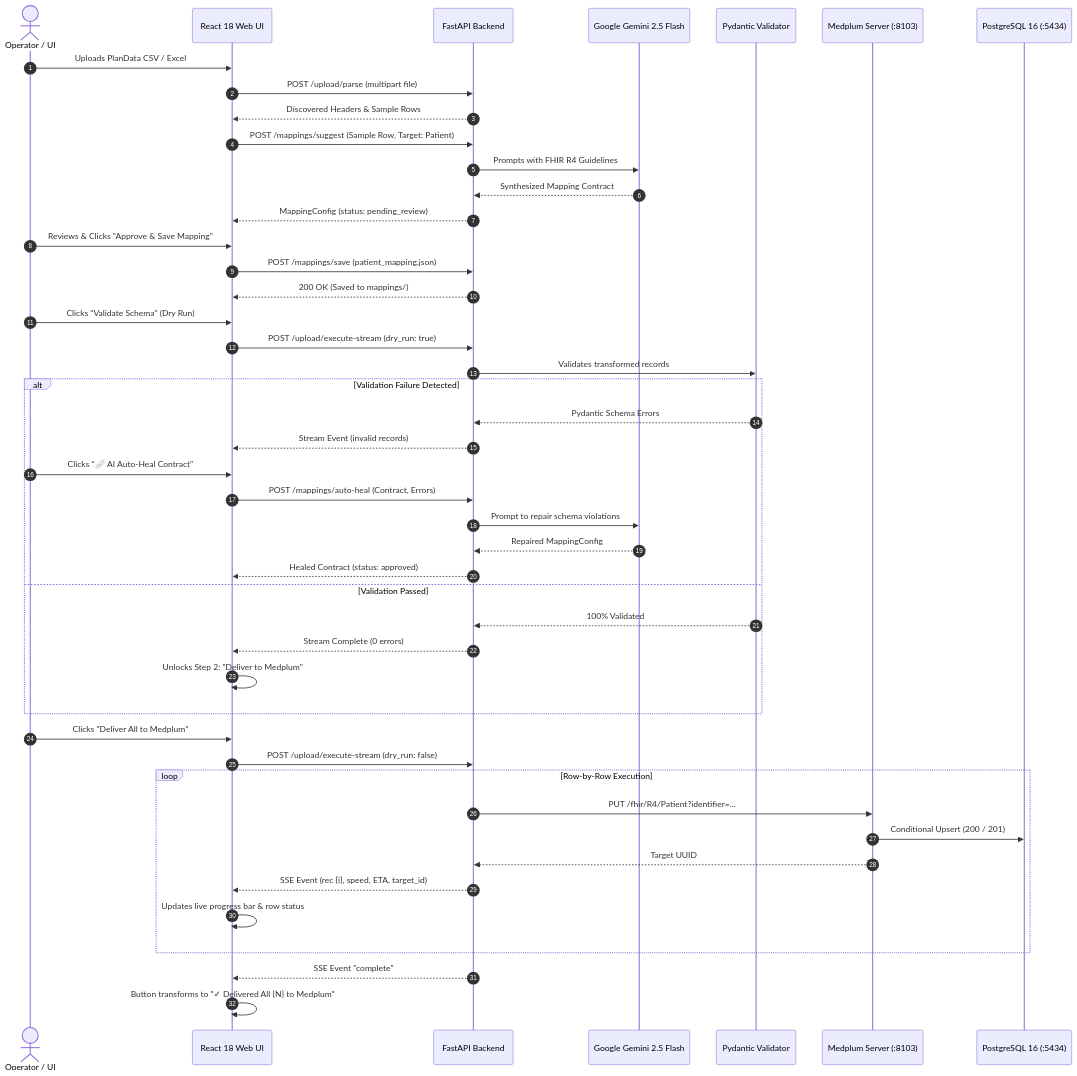
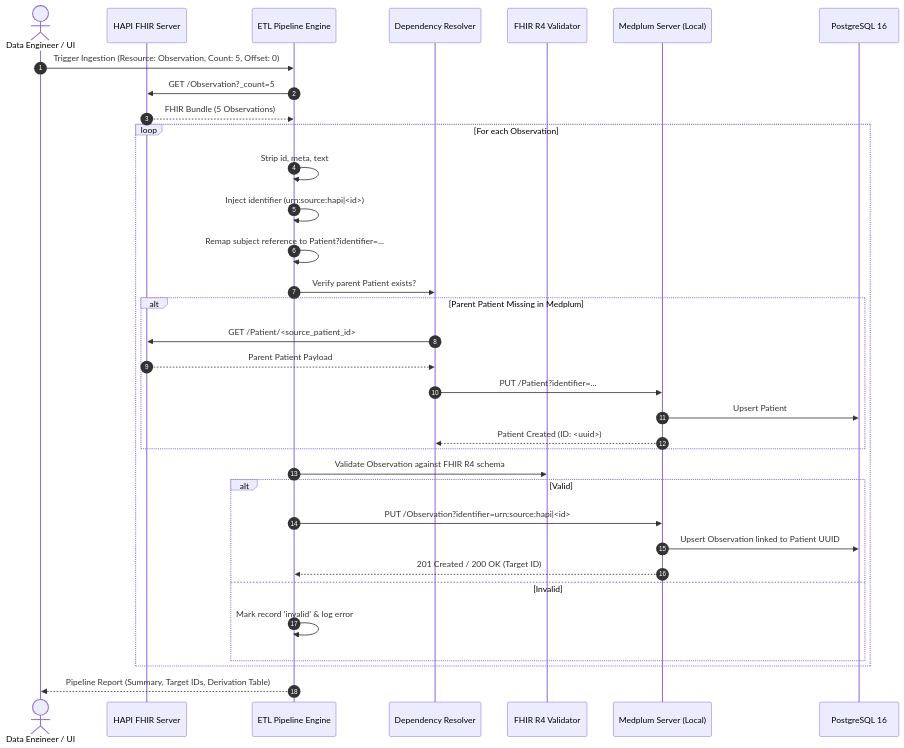
The second of 2 diagrams in docs/architecture.md (viveknitor/ai-healthcare-etl-platform), drawn with Mermaid before and after one commit. The commit also changed other lines of this file and 1 other file, not shown here.

Commit message:
docs: add HL7 FHIR extensibility and zero-data-loss architectural strategy

````diff
--- a/docs/architecture.md
+++ b/docs/architecture.md
@@ -152,53 +116,41 @@
 ```mermaid
 sequenceDiagram
     autonumber
-    actor User as Operator / UI
-    participant UI as React 18 Web UI
-    participant API as FastAPI Backend
-    participant Gemini as Google Gemini 2.5 Flash
-    participant Validator as Pydantic Validator
-    participant Medplum as Medplum Server (:8103)
-    participant DB as PostgreSQL 16 (:5434)
+    actor User as Data Engineer / UI
+    participant HAPI as HAPI FHIR Server
+    participant Pipeline as ETL Pipeline Engine
+    participant Resolver as Dependency Resolver
+    participant Validator as FHIR R4 Validator
+    participant Medplum as Medplum Server (Local)
+    participant DB as PostgreSQL 16
 
-    User->>UI: Uploads PlanData CSV / Excel
-    UI->>API: POST /upload/parse (multipart file)
-    API-->>UI: Discovered Headers & Sample Rows
-    
-    UI->>API: POST /mappings/suggest (Sample Row, Target: Patient)
-    API->>Gemini: Prompts with FHIR R4 Guidelines
-    Gemini-->>API: Synthesized Mapping Contract
-    API-->>UI: MappingConfig (status: pending_review)
-    
-    User->>UI: Reviews & Clicks "Approve & Save Mapping"
-    UI->>API: POST /mappings/save (patient_mapping.json)
-    API-->>UI: 200 OK (Saved to mappings/)
+    User->>Pipeline: Trigger Ingestion (Resource: Observation, Count: 5, Offset: 0)
+    Pipeline->>HAPI: GET /Observation?_count=5
+    HAPI-->>Pipeline: FHIR Bundle (5 Observations)
 
-    User->>UI: Clicks "Validate Schema" (Dry Run)
-    UI->>API: POST /upload/execute-stream (dry_run: true)
-    API->>Validator: Validates transformed records
-    alt Validation Failure Detected
-        Validator-->>API: Pydantic Schema Errors
-        API-->>UI: Stream Event (invalid records)
-        User->>UI: Clicks "🩹 AI Auto-Heal Contract"
-        UI->>API: POST /mappings/auto-heal (Contract, Errors)
-        API->>Gemini: Prompt to repair schema violations
-        Gemini-->>API: Repaired MappingConfig
-        API-->>UI: Healed Contract (status: approved)
-    else Validation Passed
-        Validator-->>API: 100% Validated
-        API-->>UI: Stream Complete (0 errors)
-        UI->>UI: Unlocks Step 2: "Deliver to Medplum"
+    loop For each Observation
+        Pipeline->>Pipeline: Strip id, meta, text
+        Pipeline->>Pipeline: Inject identifier (urn:source:hapi|<id>)
+        Pipeline->>Pipeline: Remap subject reference to Patient?identifier=...
+        
+        Pipeline->>Resolver: Verify parent Patient exists?
+        alt Parent Patient Missing in Medplum
+            Resolver->>HAPI: GET /Patient/<source_patient_id>
+            HAPI-->>Resolver: Parent Patient Payload
+            Resolver->>Medplum: PUT /Patient?identifier=...
+            Medplum->>DB: Upsert Patient
+            Medplum-->>Resolver: Patient Created (ID: <uuid>)
+        end
+
+        Pipeline->>Validator: Validate Observation against FHIR R4 schema
+        alt Valid
+            Pipeline->>Medplum: PUT /Observation?identifier=urn:source:hapi|<id>
+            Medplum->>DB: Upsert Observation linked to Patient UUID
+            Medplum-->>Pipeline: 201 Created / 200 OK (Target ID)
+        else Invalid
+            Pipeline->>Pipeline: Mark record 'invalid' & log error
+        end
     end
 
-    User->>UI: Clicks "Deliver All to Medplum"
-    UI->>API: POST /upload/execute-stream (dry_run: false)
-    loop Row-by-Row Execution
-        API->>Medplum: PUT /fhir/R4/Patient?identifier=...
-        Medplum->>DB: Conditional Upsert (200 / 201)
-        Medplum-->>API: Target UUID
-        API-->>UI: SSE Event (rec {i}, speed, ETA, target_id)
-        UI->>UI: Updates live progress bar & row status
-    end
-    API-->>UI: SSE Event "complete"
-    UI->>UI: Button transforms to "✓ Delivered All {N} to Medplum"
+    Pipeline-->>User: Pipeline Report (Summary, Target IDs, Derivation Table)
 ```
````
